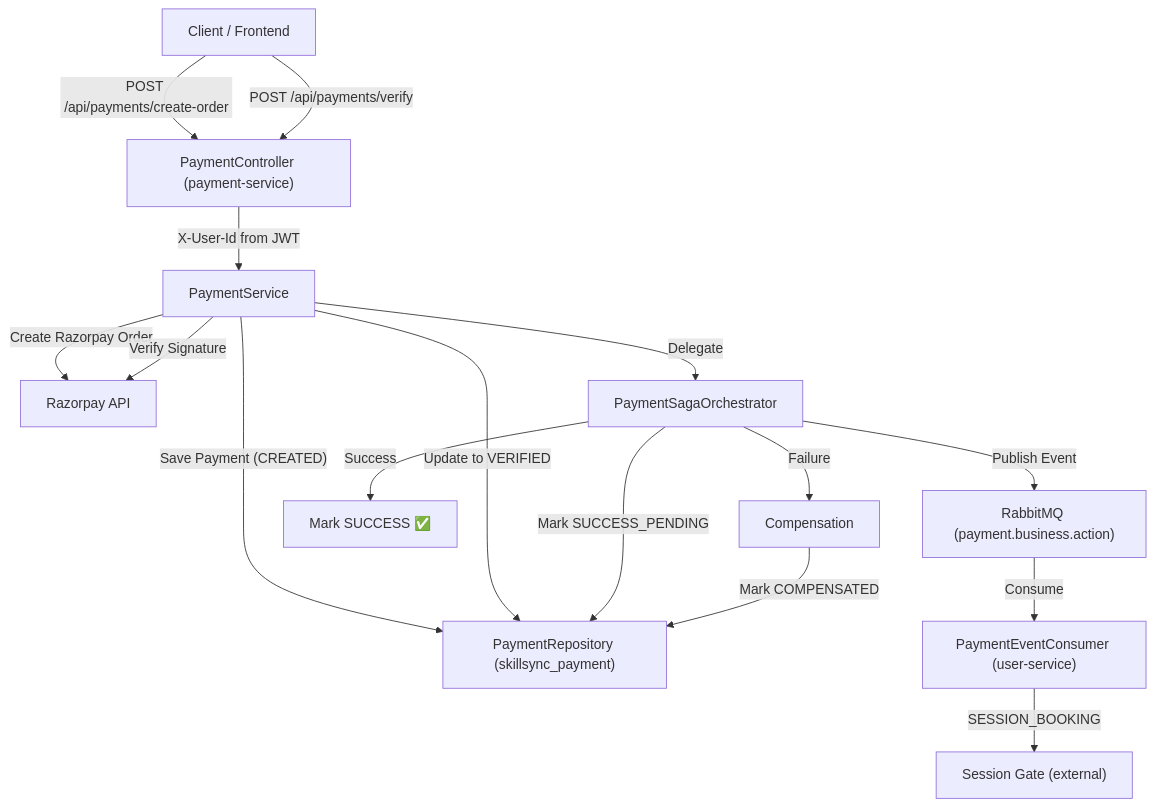
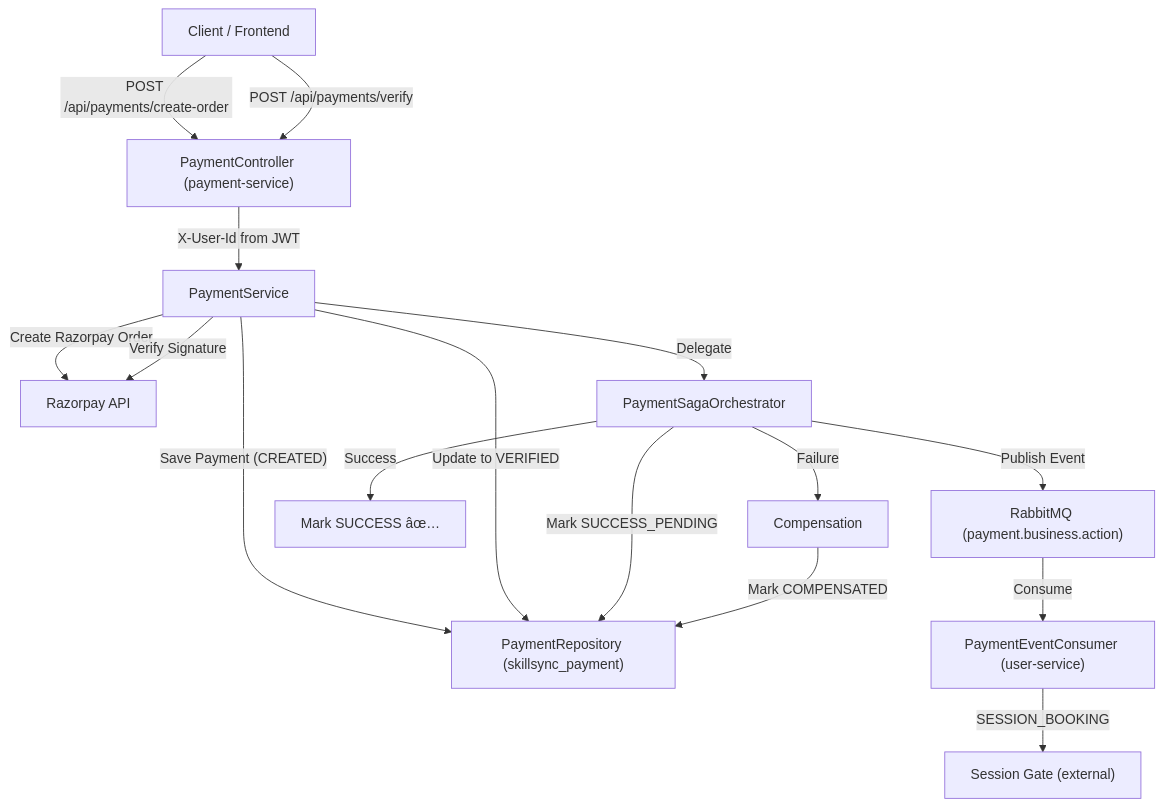
One commit to Anjan-Kumar-Sahoo/SkillSync changed the third of 4 diagrams in docs/09_Payment_Implementation_Guide.md. Above: the diagram before and after it, drawn with Mermaid. The commit also changed other lines of this file and 32 other files, not shown here.

First line of the commit message:
docs: overhaul frontend architecture master document for presentation

````diff
--- a/docs/09_Payment_Implementation_Guide.md
+++ b/docs/09_Payment_Implementation_Guide.md
@@ -298,21 +304,21 @@
 ```mermaid
 graph TD
     A["Client / Frontend"] -->|"POST /api/payments/create-order"| B["PaymentController (payment-service)"]
     B -->|"X-User-Id from JWT"| C["PaymentService"]
     C -->|"Create Razorpay Order"| D["Razorpay API"]
     C -->|"Save Payment (CREATED)"| E["PaymentRepository (skillsync_payment)"]
     
     A -->|"POST /api/payments/verify"| B
     C -->|"Verify Signature"| D
     C -->|"Update to VERIFIED"| E
     C -->|"Delegate"| F["PaymentSagaOrchestrator"]
     
     F -->|"Mark SUCCESS_PENDING"| E
     F -->|"Publish Event"| MQ["RabbitMQ (payment.business.action)"]
     MQ -->|"Consume"| PEC["PaymentEventConsumer (user-service)"]
     PEC -->|"SESSION_BOOKING"| H["Session Gate (external)"]
     
-    F -->|"Success"| I["Mark SUCCESS ✅"]
+    F -->|"Success"| I["Mark SUCCESS âœ…"]
     F -->|"Failure"| J["Compensation"]
     J -->|"Mark COMPENSATED"| E
 ```
````
